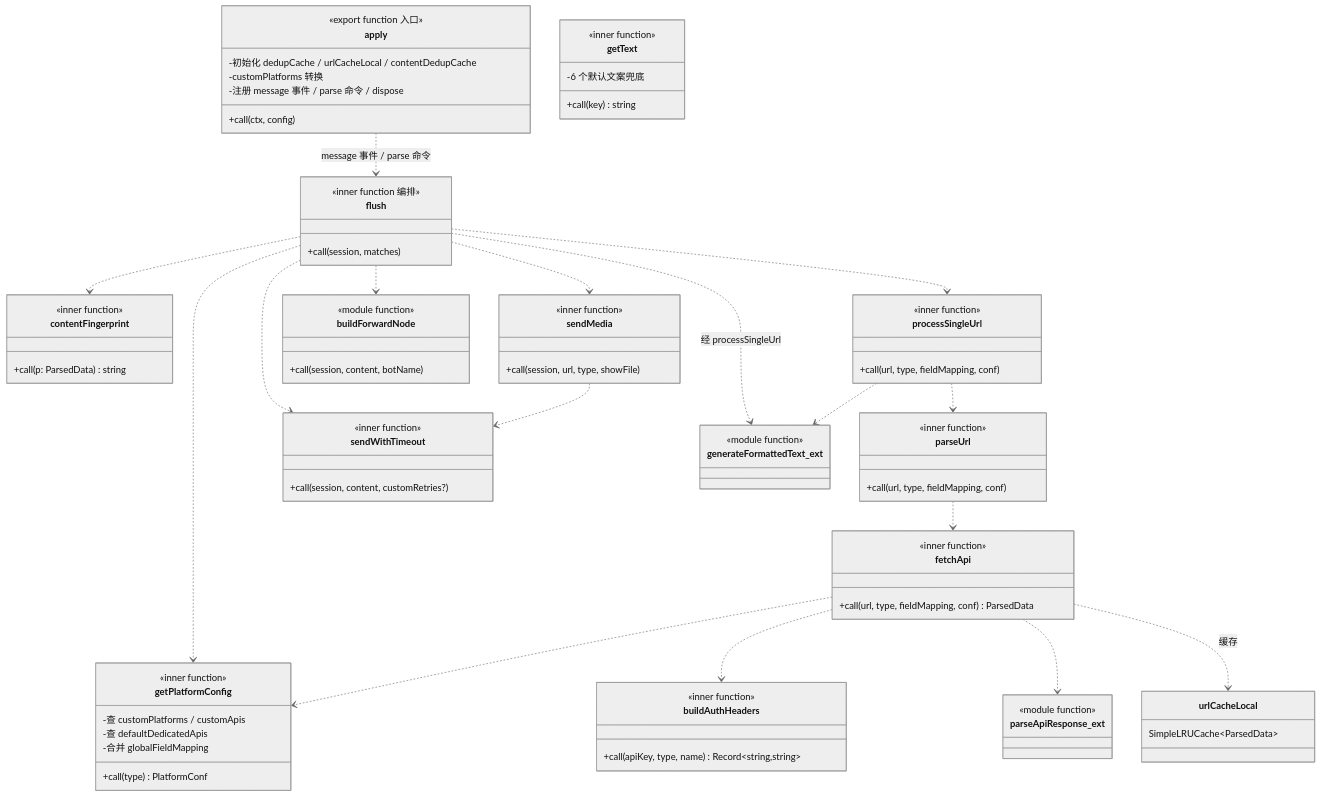
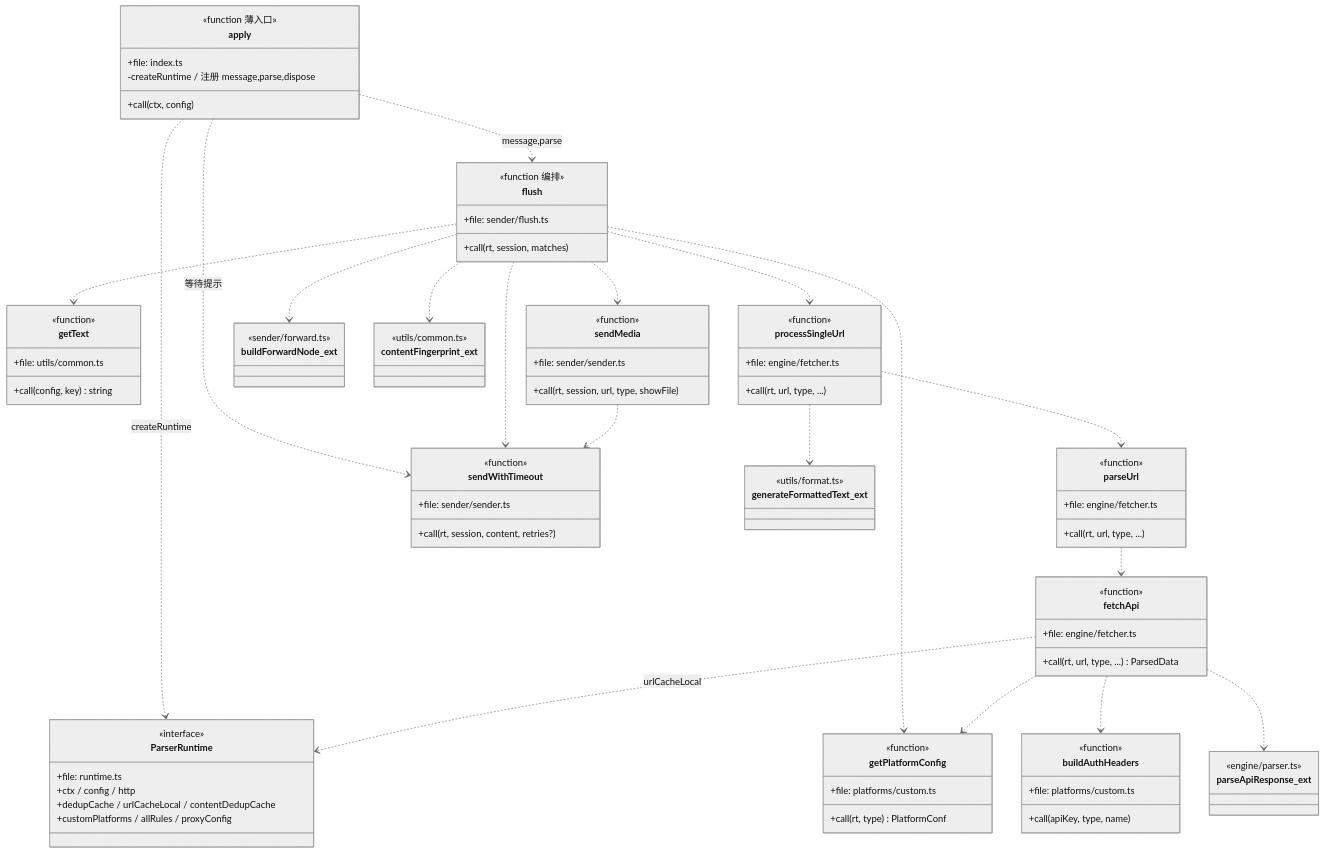
One commit to char-46/koishi-plugin-video-parser-all changed the third of 4 diagrams in docs/diagrams/02-class-general.md. Above: the diagram before and after it, drawn with Mermaid (neutral theme). The commit also changed other lines of this file and 2 other files, not shown here.

Commit message:
docs: 更新 UML 以反映拆分后的多模块结构
- 03-architecture: 重写为 16 文件分层架构图 + ParserRuntime 依赖注入设计 + 端到端数据流 + 平台数据分布（已对齐）
- 02-class: 函数依赖图标注模块归属；apply 闭包图改为 ParserRuntime 注入图；Config 项数 25→27；更新多实例隐患说明（已修复）
- 01-sequence: 新增模块归属速查表，标注每个流程步骤所属文件
- 同步 Config 平台开关项数 (27) 与 customApis 枚举 (27)

````diff
--- a/docs/diagrams/02-class-general.md
+++ b/docs/diagrams/02-class-general.md
@@ -177,87 +199,96 @@
     direction TB
 
     class apply {
-        <<export function 入口>>
+        <<function 薄入口>>
+        +file: index.ts
         +call(ctx, config)
-        -初始化 dedupCache / urlCacheLocal / contentDedupCache
-        -customPlatforms 转换
-        -注册 message 事件 / parse 命令 / dispose
+        -createRuntime / 注册 message,parse,dispose
+    }
+
+    class ParserRuntime {
+        <<interface>>
+        +file: runtime.ts
+        +ctx / config / http
+        +dedupCache / urlCacheLocal / contentDedupCache
+        +customPlatforms / allRules / proxyConfig
     }
 
     class getPlatformConfig {
-        <<inner function>>
-        +call(type) PlatformConf
-        -查 customPlatforms / customApis
-        -查 defaultDedicatedApis
-        -合并 globalFieldMapping
+        <<function>>
+        +file: platforms/custom.ts
+        +call(rt, type) PlatformConf
     }
     class buildAuthHeaders {
-        <<inner function>>
-        +call(apiKey, type, name) Record~string,string~
+        <<function>>
+        +file: platforms/custom.ts
+        +call(apiKey, type, name)
     }
     class getText {
-        <<inner function>>
-        +call(key) string
-        -6 个默认文案兜底
-    }
-    class contentFingerprint {
-        <<inner function>>
-        +call(p: ParsedData) string
+        <<function>>
+        +file: utils/common.ts
+        +call(config, key) string
     }
 
     class flush {
-        <<inner function 编排>>
-        +call(session, matches)
+        <<function 编排>>
+        +file: sender/flush.ts
+        +call(rt, session, matches)
     }
     class processSingleUrl {
-        <<inner function>>
-        +call(url, type, fieldMapping, conf)
+        <<function>>
+        +file: engine/fetcher.ts
+        +call(rt, url, type, ...)
     }
     class parseUrl {
-        <<inner function>>
-        +call(url, type, fieldMapping, conf)
+        <<function>>
+        +file: engine/fetcher.ts
+        +call(rt, url, type, ...)
     }
     class fetchApi {
-        <<inner function>>
-        +call(url, type, fieldMapping, conf) ParsedData
+        <<function>>
+        +file: engine/fetcher.ts
+        +call(rt, url, type, ...) ParsedData
     }
     class sendWithTimeout {
-        <<inner function>>
-        +call(session, content, customRetries?)
+        <<function>>
+        +file: sender/sender.ts
+        +call(rt, session, content, retries?)
     }
     class sendMedia {
-        <<inner function>>
-        +call(session, url, type, showFile)
-    }
-    class buildForwardNode {
-        <<module function>>
-        +call(session, content, botName)
+        <<function>>
+        +file: sender/sender.ts
+        +call(rt, session, url, type, showFile)
     }
 
-    apply ..> flush : message 事件 / parse 命令
+    apply ..> ParserRuntime : createRuntime
+    apply ..> flush : message,parse
+    apply ..> sendWithTimeout : 等待提示
     flush ..> getPlatformConfig
     flush ..> processSingleUrl
     flush ..> sendWithTimeout
     flush ..> sendMedia
-    flush ..> buildForwardNode
-    flush ..> contentFingerprint
-    flush ..> generateFormattedText_ext : 经 processSingleUrl
+    flush ..> buildForwardNode_ext
+    flush ..> contentFingerprint_ext
+    flush ..> getText
     processSingleUrl ..> parseUrl
     processSingleUrl ..> generateFormattedText_ext
     parseUrl ..> fetchApi
     fetchApi ..> getPlatformConfig
     fetchApi ..> buildAuthHeaders
     fetchApi ..> parseApiResponse_ext
-    fetchApi ..> urlCacheLocal : 缓存
+    fetchApi ..> ParserRuntime : urlCacheLocal
     sendMedia ..> sendWithTimeout
 
+    class buildForwardNode_ext {
+        <<sender/forward.ts>>
+    }
+    class contentFingerprint_ext {
+        <<utils/common.ts>>
+    }
     class generateFormattedText_ext {
-        <<module function>>
+        <<utils/format.ts>>
     }
     class parseApiResponse_ext {
-        <<module function>>
-    }
-    class urlCacheLocal {
-        SimpleLRUCache~ParsedData~
+        <<engine/parser.ts>>
     }
 ```
````
